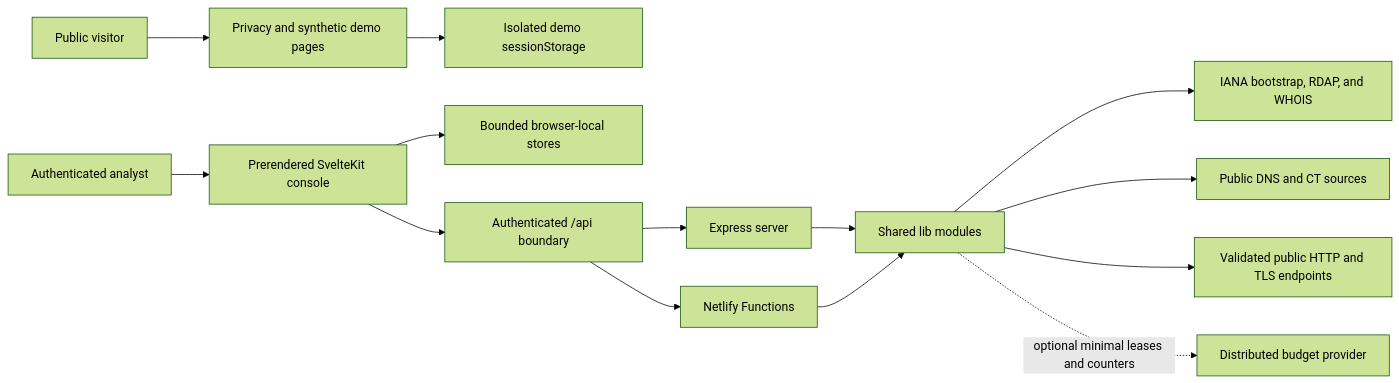
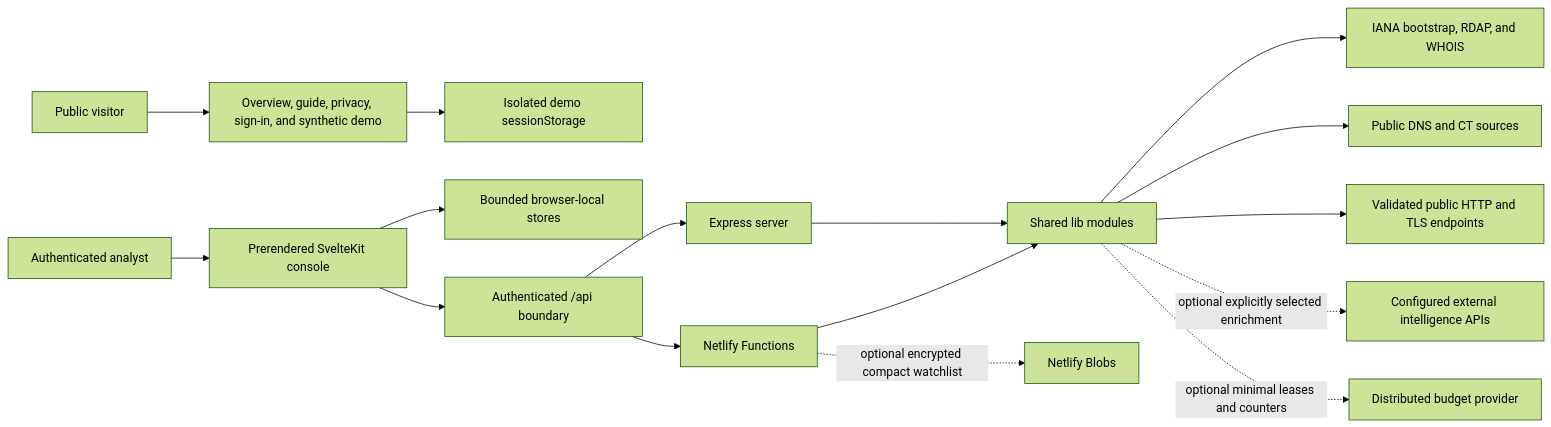
One commit to slicedearth/whoisleuth changed the first of 3 diagrams in docs/architecture.md. Above: the diagram before and after it, drawn with Mermaid (forest theme). The commit also changed other lines of this file and 36 other files, not shown here.

````diff
--- a/docs/architecture.md
+++ b/docs/architecture.md
@@ -17,19 +17,21 @@
 ```mermaid
 flowchart LR
-  visitor["Public visitor"] --> public["Privacy and synthetic demo pages"]
+  visitor["Public visitor"] --> public["Overview, guide, privacy, sign-in, and synthetic demo"]
   analyst["Authenticated analyst"] --> ui["Prerendered SvelteKit console"]
 
   public --> tab["Isolated demo sessionStorage"]
   ui --> local["Bounded browser-local stores"]
   ui --> api["Authenticated /api boundary"]
 
   api --> express["Express server"]
   api --> functions["Netlify Functions"]
   express --> shared["Shared lib modules"]
   functions --> shared
 
   shared --> registry["IANA bootstrap, RDAP, and WHOIS"]
   shared --> dns["Public DNS and CT sources"]
   shared --> web["Validated public HTTP and TLS endpoints"]
+  shared -. "optional explicitly selected enrichment" .-> intel["Configured external intelligence APIs"]
   shared -. "optional minimal leases and counters" .-> budget["Distributed budget provider"]
+  functions -. "optional encrypted compact watchlist" .-> blobs["Netlify Blobs"]
 ```
````
